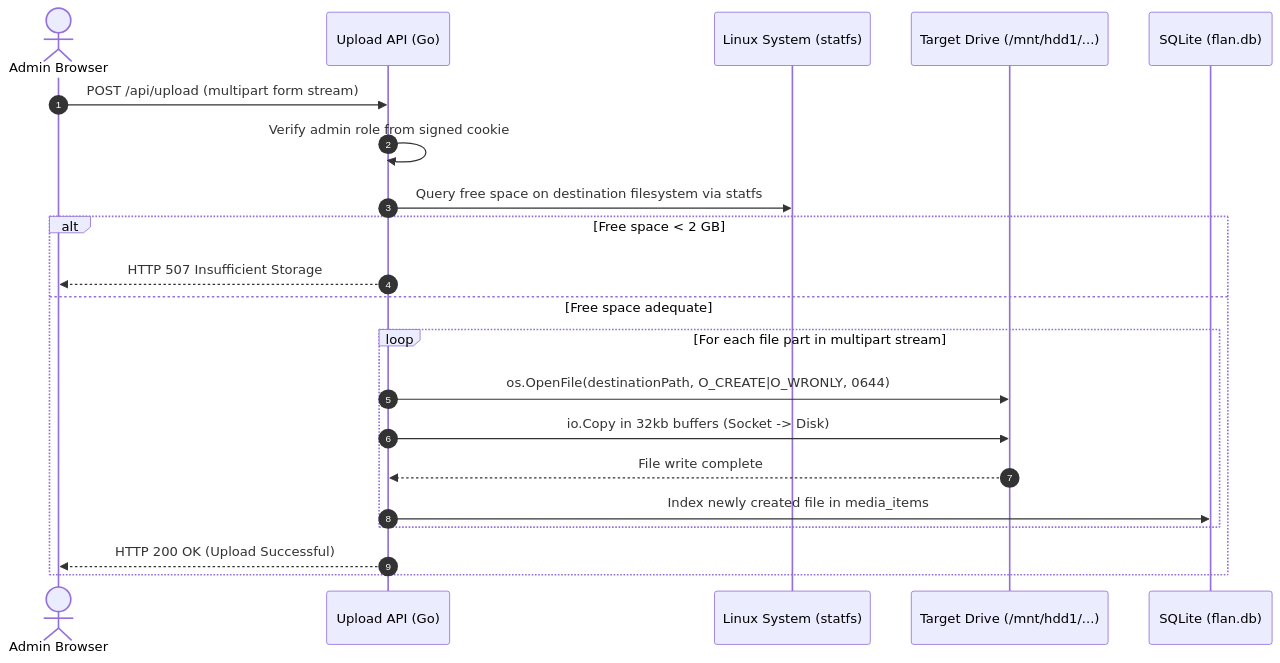
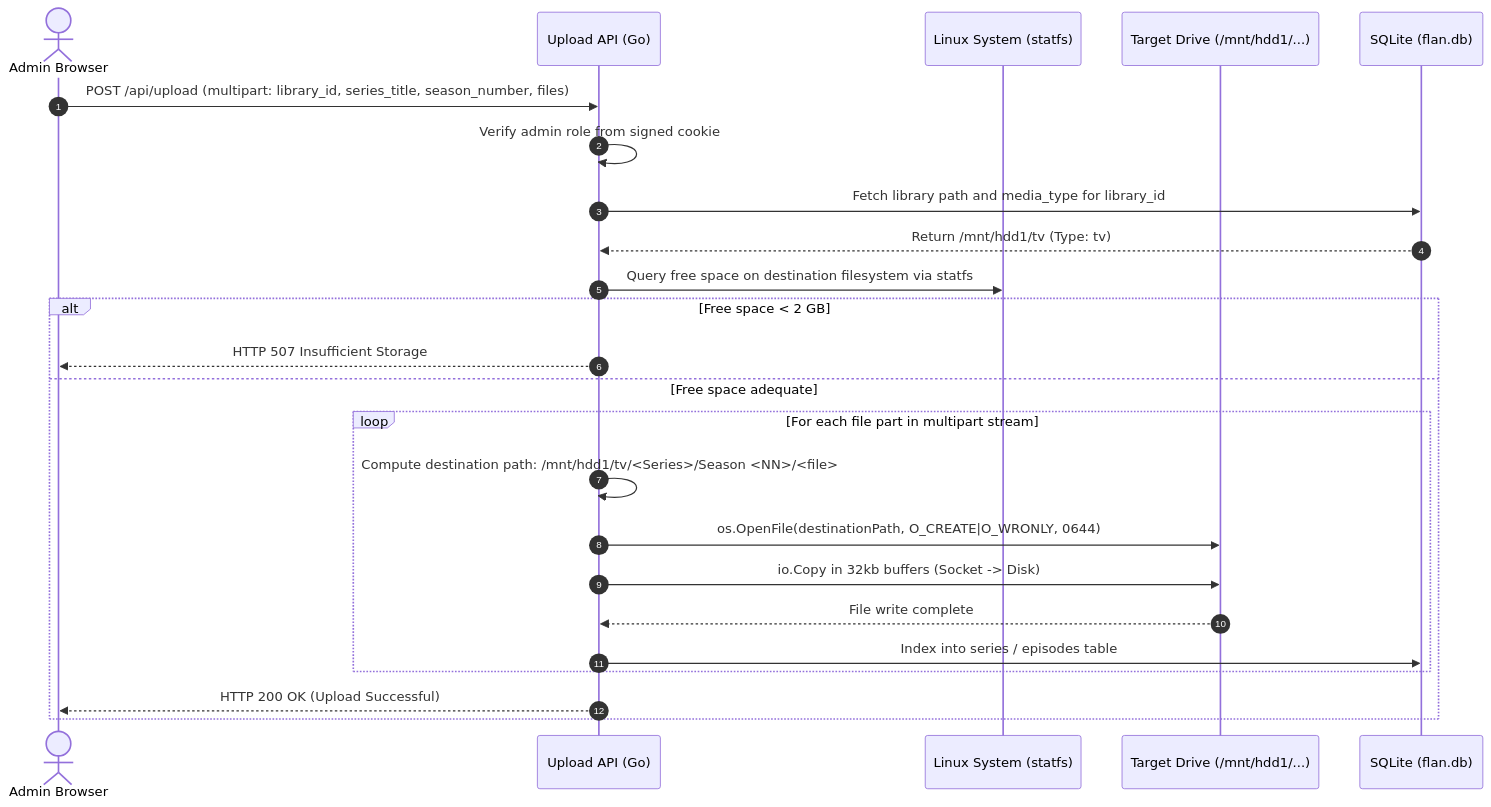
The sixth of 6 diagrams in docs/diagrams/data-flow.md (WesleyEsq/Flan-Media-Server), drawn with Mermaid before and after one commit. The commit also changed other lines of this file and 15 other files, not shown here.

````diff
--- a/docs/diagrams/data-flow.md
+++ b/docs/diagrams/data-flow.md
@@ -224,25 +228,28 @@
 ```mermaid
 sequenceDiagram
     autonumber
     actor Admin as Admin Browser
     participant UploadHandler as Upload API (Go)
     participant OS as Linux System (statfs)
     participant Disk as Target Drive (/mnt/hdd1/...)
     participant DB as SQLite (flan.db)
 
-    Admin->>UploadHandler: POST /api/upload (multipart form stream)
+    Admin->>UploadHandler: POST /api/upload (multipart: library_id, series_title, season_number, files)
     UploadHandler->>UploadHandler: Verify admin role from signed cookie
+    UploadHandler->>DB: Fetch library path and media_type for library_id
+    DB-->>UploadHandler: Return /mnt/hdd1/tv (Type: tv)
     UploadHandler->>OS: Query free space on destination filesystem via statfs
 
     alt Free space < 2 GB
         UploadHandler-->>Admin: HTTP 507 Insufficient Storage
     else Free space adequate
         loop For each file part in multipart stream
+            UploadHandler->>UploadHandler: Compute destination path: /mnt/hdd1/tv/<Series>/Season <NN>/<file>
             UploadHandler->>Disk: os.OpenFile(destinationPath, O_CREATE|O_WRONLY, 0644)
             UploadHandler->>Disk: io.Copy in 32kb buffers (Socket -> Disk)
             Disk-->>UploadHandler: File write complete
-            UploadHandler->>DB: Index newly created file in media_items
+            UploadHandler->>DB: Index into series / episodes table
         end
         UploadHandler-->>Admin: HTTP 200 OK (Upload Successful)
     end
 ```
````
